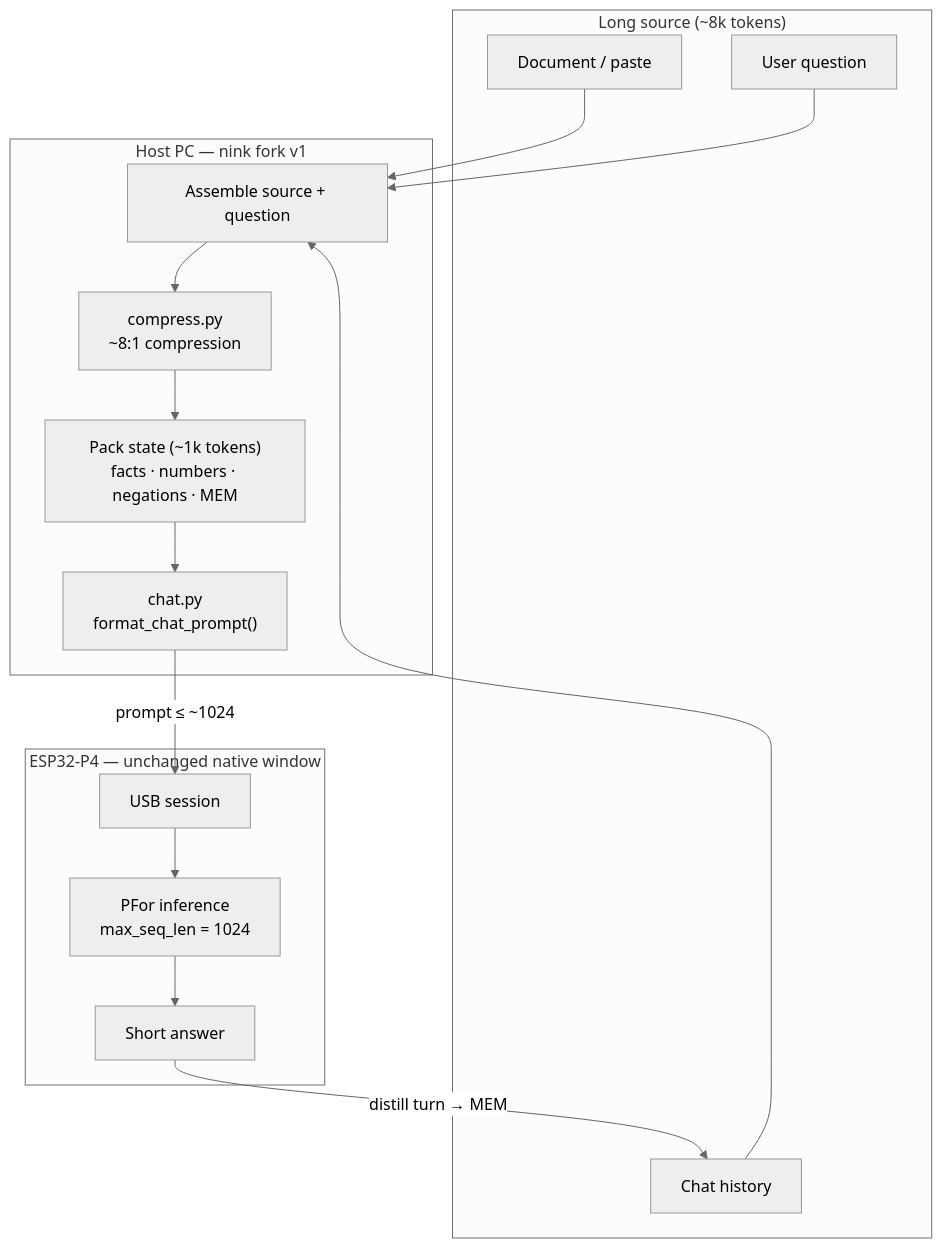
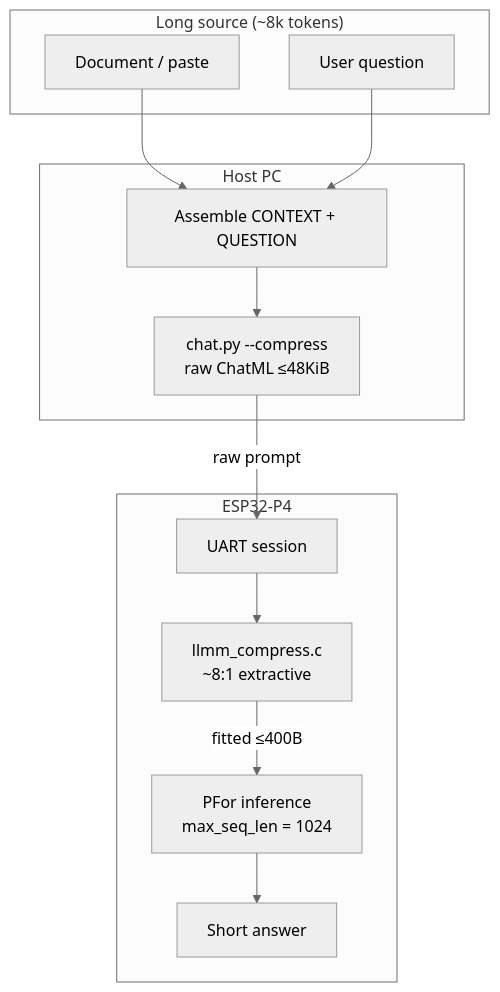
One commit to nink/p-for-llm changed the first of 2 diagrams in docs/CONTEXT-COMPRESSION.md. Above: the diagram before and after it, drawn with Mermaid (neutral theme). The commit also changed other lines of this file and 12 other files, not shown here.

First line of the commit message:
feat: on-device compress and document Waveshare ESP32-P4-ETH

````diff
--- a/docs/CONTEXT-COMPRESSION.md
+++ b/docs/CONTEXT-COMPRESSION.md
@@ -37,32 +38,27 @@
 ```mermaid
 flowchart TB
   subgraph sources ["Long source (~8k tokens)"]
     DOC["Document / paste"]
-    HIST["Chat history"]
     Q["User question"]
   end
 
-  subgraph host ["Host PC — nink fork v1"]
-    IN["Assemble source + question"]
-    CMP["compress.py<br/>~8:1 compression"]
-    PACK["Pack state (~1k tokens)<br/>facts · numbers · negations · MEM"]
-    CHAT["chat.py<br/>format_chat_prompt()"]
+  subgraph host ["Host PC"]
+    IN["Assemble CONTEXT + QUESTION"]
+    CHAT["chat.py --compress<br/>raw ChatML ≤48KiB"]
   end
 
-  subgraph device ["ESP32-P4 — unchanged native window"]
-    USB["USB session"]
+  subgraph device ["ESP32-P4"]
+    USB["UART session"]
+    CMP["llmm_compress.c<br/>~8:1 extractive"]
     PFOR["PFor inference<br/>max_seq_len = 1024"]
     OUT["Short answer"]
   end
 
   DOC --> IN
-  HIST --> IN
   Q --> IN
-  IN --> CMP
-  CMP --> PACK
-  PACK --> CHAT
-  CHAT -->|"prompt ≤ ~1024"| USB
-  USB --> PFOR
+  IN --> CHAT
+  CHAT -->|"raw prompt"| USB
+  USB --> CMP
+  CMP -->|"fitted ≤400B"| PFOR
   PFOR --> OUT
-  OUT -->|"distill turn → MEM"| HIST
 ```
````
